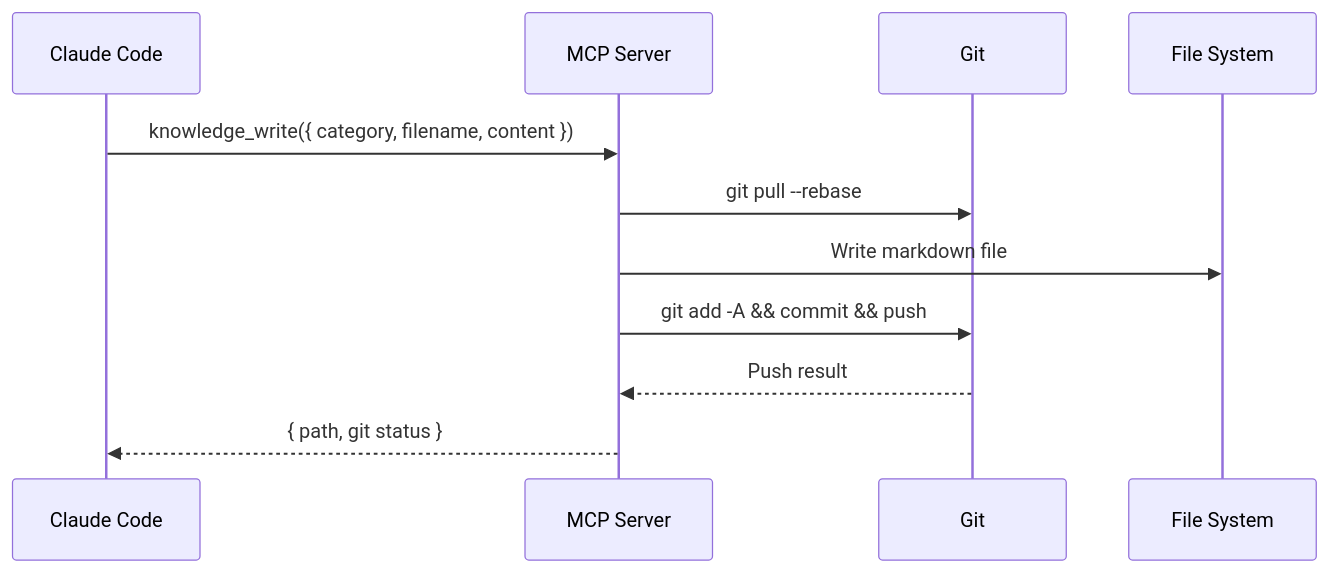
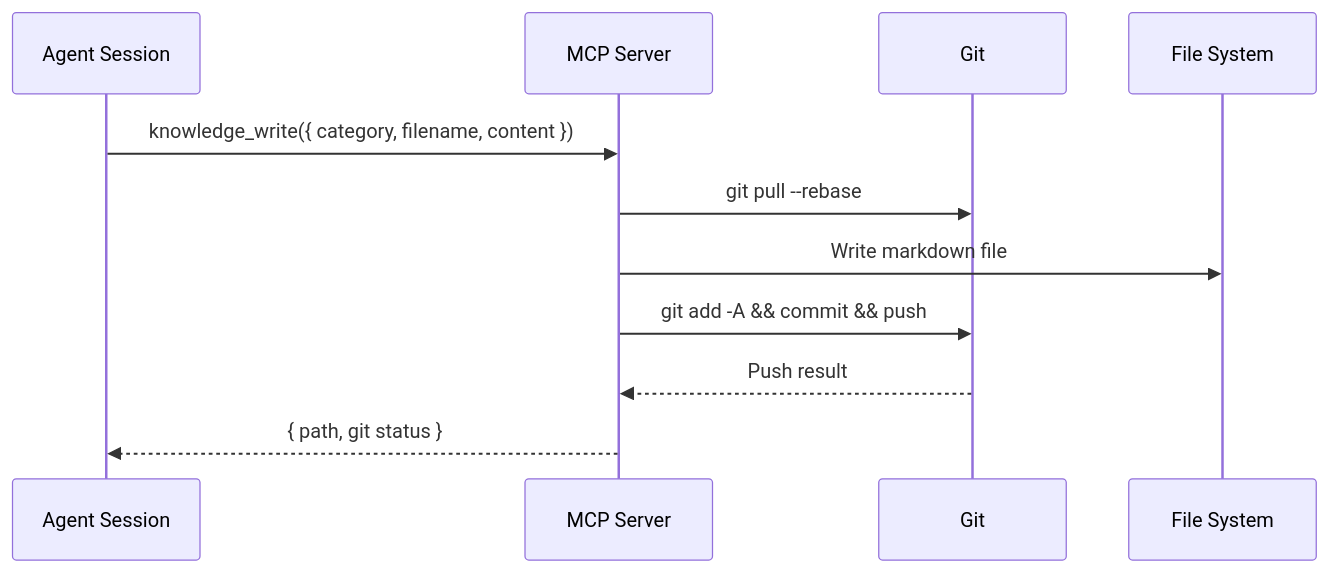
One commit to keshrath/agent-cortex changed the third of 3 diagrams in docs/ARCHITECTURE.md. Above: the diagram before and after it, drawn with Mermaid. The commit also changed other lines of this file and 25 other files, not shown here.

First line of the commit message:
v1.1.0: generic multi-tool session support, remove Claude Code coupling

````diff
--- a/docs/ARCHITECTURE.md
+++ b/docs/ARCHITECTURE.md
@@ -231,14 +288,14 @@
 ```mermaid
 sequenceDiagram
-    participant C as Claude Code
+    participant C as Agent Session
     participant S as MCP Server
     participant G as Git
     participant F as File System
 
     C->>S: knowledge_write({ category, filename, content })
     S->>G: git pull --rebase
     S->>F: Write markdown file
     S->>G: git add -A && commit && push
     G-->>S: Push result
     S-->>C: { path, git status }
 ```
````
